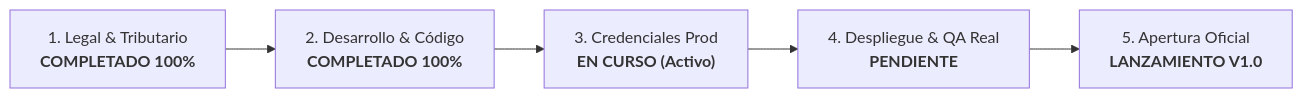
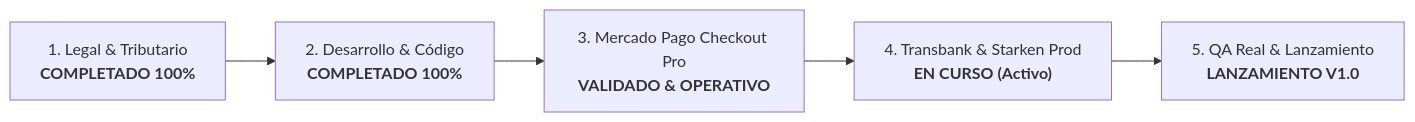
The first of 2 diagrams in docs/master_launch_plan.md (Felix-97-pixel/tienda-tcg), drawn with Mermaid before and after one commit. The commit also changed other lines of this file, not shown here.

Commit message:
cambios añadidos tras la adicion de mercado pago

````diff
--- a/docs/master_launch_plan.md
+++ b/docs/master_launch_plan.md
@@ -9,7 +9,7 @@
 ```mermaid
 flowchart LR
     A["1. Legal & Tributario<br/><b>COMPLETADO 100%</b>"] --> B["2. Desarrollo & Código<br/><b>COMPLETADO 100%</b>"]
-    B --> C["3. Credenciales Prod<br/><b>EN CURSO (Activo)</b>"]
-    C --> D["4. Despliegue & QA Real<br/><b>PENDIENTE</b>"]
-    D --> E["5. Apertura Oficial<br/><b>LANZAMIENTO V1.0</b>"]
+    B --> C["3. Mercado Pago Checkout Pro<br/><b>VALIDADO & OPERATIVO</b>"]
+    C --> D["4. Transbank & Starken Prod<br/><b>EN CURSO (Activo)</b>"]
+    D --> E["5. QA Real & Lanzamiento<br/><b>LANZAMIENTO V1.0</b>"]
 ```
````
